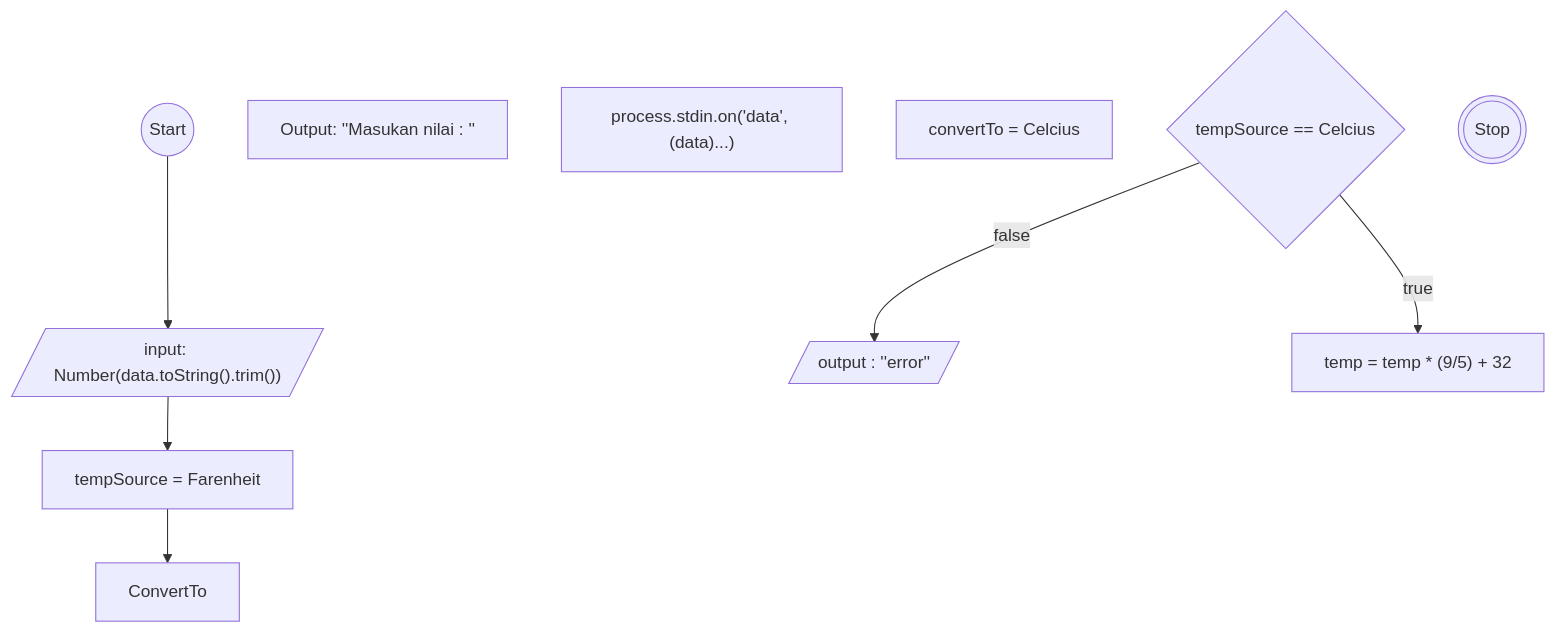
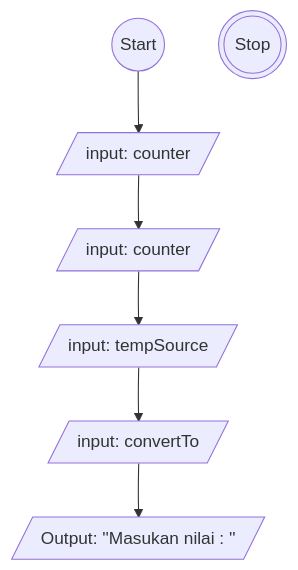
One commit to AbiPasundan/koda-b6-homework2 changed the diagram in konversi-suhu/task.md. Above: the diagram before and after it, drawn with Mermaid. The commit also changed 1 other file, not shown here.

````diff
--- a/konversi-suhu/task.md
+++ b/konversi-suhu/task.md
@@ -5,30 +5,15 @@
 ```mermaid
     flowchart TB
         Start@{ shape: circ, label: "Start"}
 
-        firstPrint@{ shape: rect, label: "Output: ''Masukan nilai : ''"}
-        data@{ shape: rect, label: "process.stdin.on('data', (data)...)"}
-        temp@{ shape: lean-r, label: "input: Number(data.toString().trim())"}
-        tempSource@{ shape: rect, label: "tempSource = Farenheit"}
-        convertTo@{ shape: rect, label:  "convertTo = Celcius"}
-
-        %% CELCIUS START
-        celcius@{ shape: diamond, label:  "tempSource == Celcius"}
-        celciusFalse@{ shape: lean-r, label:  "output : ''error''"}
-        celciusTrue@{ shape: rect, label:  "temp = temp * (9/5) + 32"}
+        counter@{ shape: lean-r, label: "input: counter"}
+        temp@{ shape: lean-r, label: "input: counter"}
+        tempSource@{ shape: lean-r, label: "input: tempSource"}
+        convertTo@{ shape: lean-r, label: "input: convertTo"}
+        firstPrint@{ shape: lean-r, label: "Output: ''Masukan nilai : ''"}
         
-
-
-
-        %% SAMBUNGAN START
-        celcius --> |false| celciusFalse
-        celcius --> |true| celciusTrue
-        %% SAMBUNGAN END
-
-        %% CELCIUS END
-        Start --> temp --> tempSource --> ConvertTo
-
+        Start-->counter-->temp-->tempSource-->convertTo-->firstPrint
 
         Stop@{ shape: dbl-circ, label: "Stop"}
 
 ```
````
